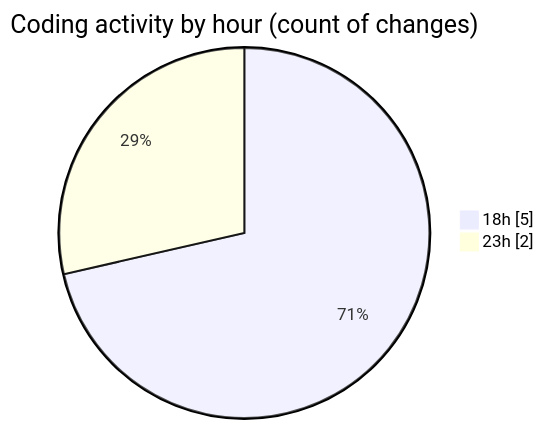
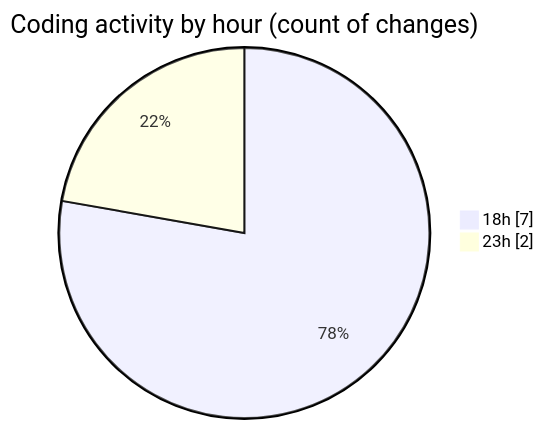
The second of 2 diagrams in 2025-11-01/backend/README.md (Ritupan-Deka/code-tracking), drawn with Mermaid before and after one commit. The commit also changed other lines of this file and 1 other file, not shown here.

````diff
--- a/2025-11-01/backend/README.md
+++ b/2025-11-01/backend/README.md
@@ -31,6 +35,6 @@
 ```mermaid
 pie showData
 title Coding activity by hour (count of changes)
-"18h" : 5
+"18h" : 7
 "23h" : 2
 ```
````
